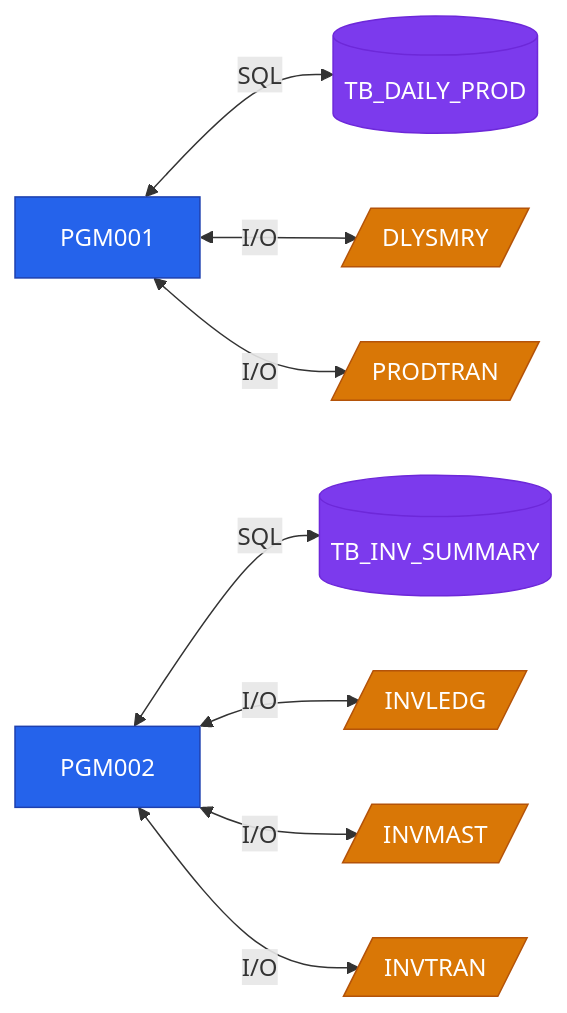
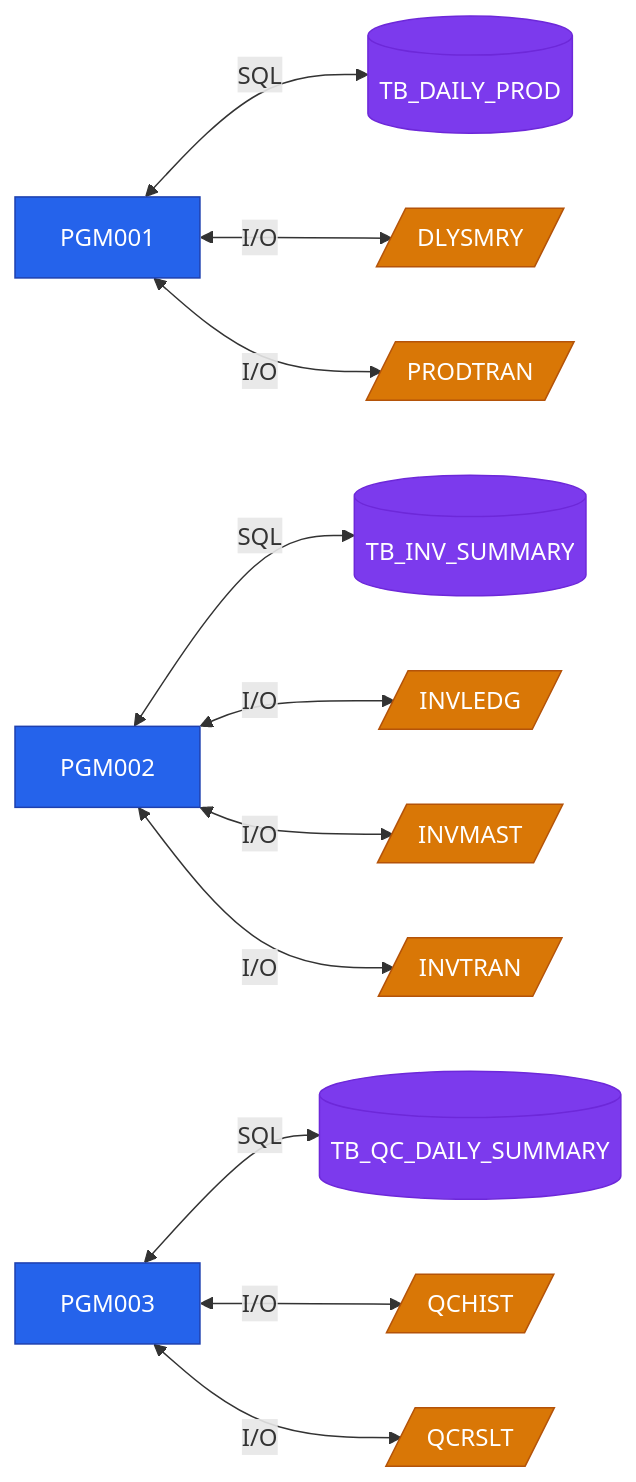
Before and after one commit to donseok/catm-project: the diagram in output/diagrams/data_flow.md, drawn with Mermaid. The commit also changed 19 other files, not shown here.

````diff
--- a/output/diagrams/data_flow.md
+++ b/output/diagrams/data_flow.md
@@ -3,25 +3,33 @@
 ```mermaid
 graph LR
     classDef pgm fill:#2563EB,stroke:#1E40AF,color:#fff
     classDef db fill:#7C3AED,stroke:#6D28D9,color:#fff
     classDef file fill:#D97706,stroke:#B45309,color:#fff
 
     PGM001[PGM001] <-->|SQL| DB_TB_DAILY_PROD[(TB_DAILY_PROD)]
     class DB_TB_DAILY_PROD db
     PGM001[PGM001] <-->|I/O| F_DLYSMRY[/DLYSMRY/]
     class F_DLYSMRY file
     PGM001[PGM001] <-->|I/O| F_PRODTRAN[/PRODTRAN/]
     class F_PRODTRAN file
     class PGM001 pgm
 
     PGM002[PGM002] <-->|SQL| DB_TB_INV_SUMMARY[(TB_INV_SUMMARY)]
     class DB_TB_INV_SUMMARY db
     PGM002[PGM002] <-->|I/O| F_INVLEDG[/INVLEDG/]
     class F_INVLEDG file
     PGM002[PGM002] <-->|I/O| F_INVMAST[/INVMAST/]
     class F_INVMAST file
     PGM002[PGM002] <-->|I/O| F_INVTRAN[/INVTRAN/]
     class F_INVTRAN file
     class PGM002 pgm
 
+    PGM003[PGM003] <-->|SQL| DB_TB_QC_DAILY_SUMMARY[(TB_QC_DAILY_SUMMARY)]
+    class DB_TB_QC_DAILY_SUMMARY db
+    PGM003[PGM003] <-->|I/O| F_QCHIST[/QCHIST/]
+    class F_QCHIST file
+    PGM003[PGM003] <-->|I/O| F_QCRSLT[/QCRSLT/]
+    class F_QCRSLT file
+    class PGM003 pgm
+
 ```
````
